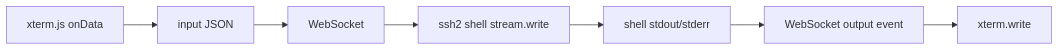
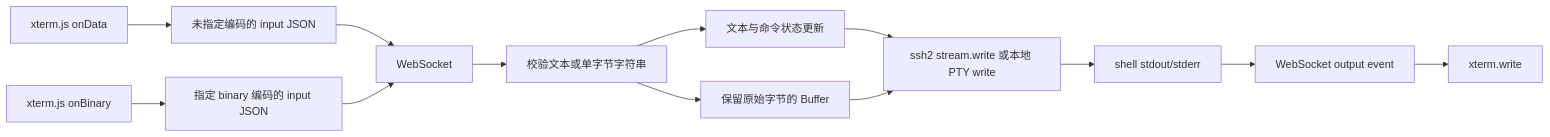
One commit to agoudbg/Cosmosh changed the second of 3 diagrams in docs/zh-CN/developer/runtime/ssh-terminal.md. Above: the diagram before and after it, drawn with Mermaid. The commit also changed other lines of this file and 13 other files, not shown here.

Commit message:
fix(terminal): preserve binary mouse input across transports

````diff
--- a/docs/zh-CN/developer/runtime/ssh-terminal.md
+++ b/docs/zh-CN/developer/runtime/ssh-terminal.md
@@ -198,9 +200,15 @@
 ```mermaid
 flowchart LR
-  XT[xterm.js onData] --> MSG[input JSON]
+  XT[xterm.js onData] --> MSG[未指定编码的 input JSON]
+  BIN[xterm.js onBinary] --> BMSG[指定 binary 编码的 input JSON]
   MSG --> WS[WebSocket]
-  WS --> SSH[ssh2 shell stream.write]
+  BMSG --> WS
+  WS --> DECODE[校验文本或单字节字符串]
+  DECODE --> TEXT[文本与命令状态更新]
+  DECODE --> BYTES[保留原始字节的 Buffer]
+  TEXT --> SSH[ssh2 stream.write 或本地 PTY write]
+  BYTES --> SSH
   SSH --> OUT[shell stdout/stderr]
   OUT --> WS2[WebSocket output event]
   WS2 --> XT2[xterm.write]
 ```
````
